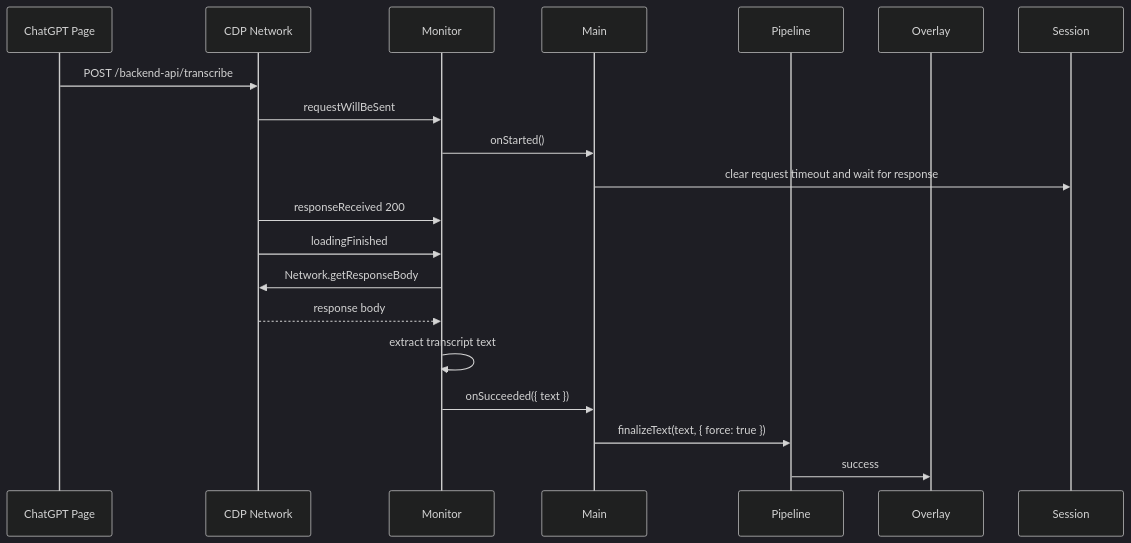
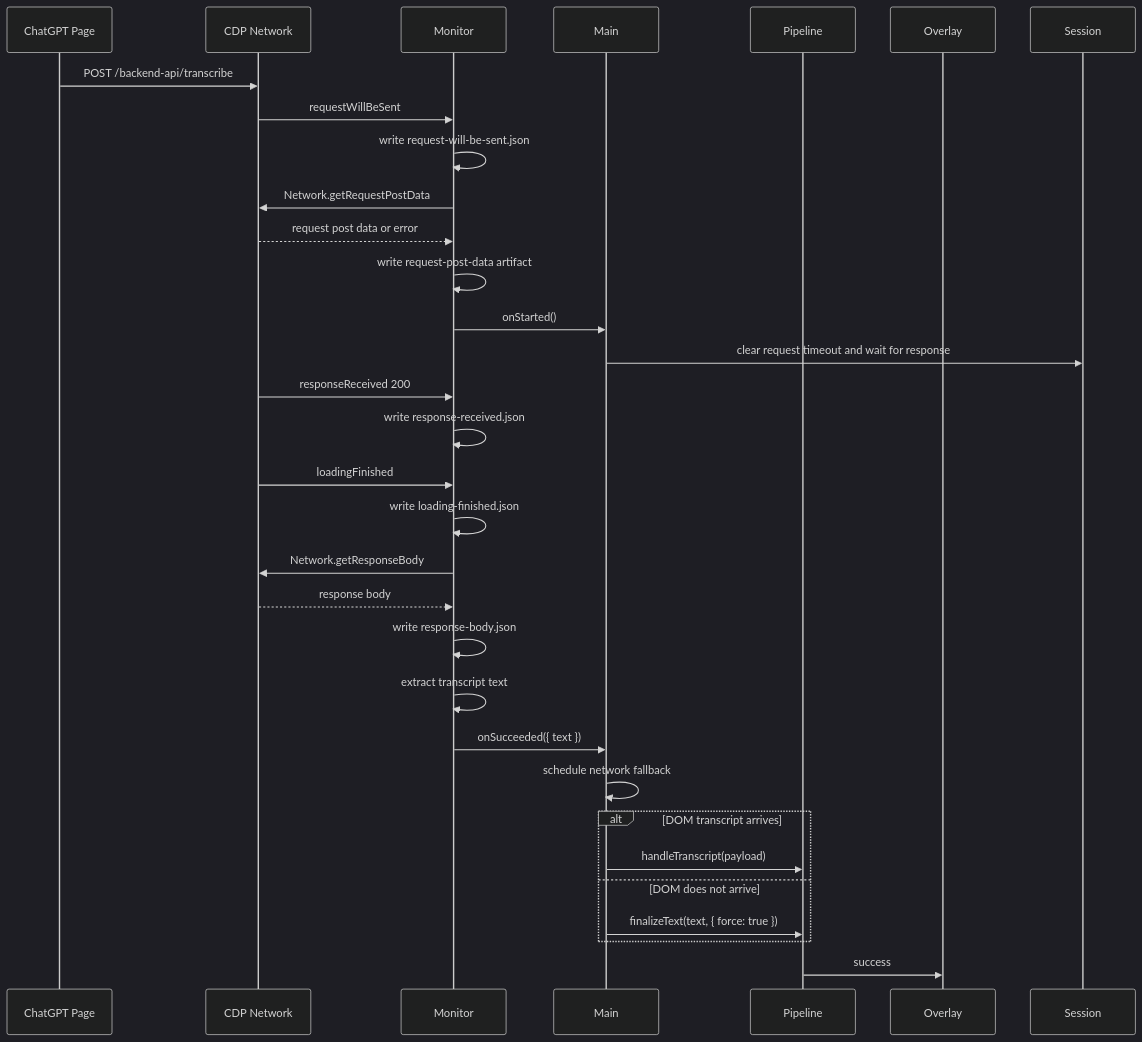
One commit to AKAazure/Dandelion changed the second of 2 diagrams in .doc/modules/chatgpt-transcribe-monitor.md. Above: the diagram before and after it, drawn with Mermaid (dark theme). The commit also changed other lines of this file and 9 other files, not shown here.

First line of the commit message:
Add remote-debug artifacts and DOM-first fallback

````diff
--- a/.doc/modules/chatgpt-transcribe-monitor.md
+++ b/.doc/modules/chatgpt-transcribe-monitor.md
@@ -74,22 +102,34 @@
 ```mermaid
 sequenceDiagram
   participant Page as ChatGPT Page
   participant CDP as CDP Network
   participant Monitor
   participant Main
   participant Pipeline
   participant Overlay
 
   Page->>CDP: POST /backend-api/transcribe
   CDP->>Monitor: requestWillBeSent
+  Monitor->>Monitor: write request-will-be-sent.json
+  Monitor->>CDP: Network.getRequestPostData
+  CDP-->>Monitor: request post data or error
+  Monitor->>Monitor: write request-post-data artifact
   Monitor->>Main: onStarted()
   Main->>Session: clear request timeout and wait for response
   CDP->>Monitor: responseReceived 200
+  Monitor->>Monitor: write response-received.json
   CDP->>Monitor: loadingFinished
+  Monitor->>Monitor: write loading-finished.json
   Monitor->>CDP: Network.getResponseBody
   CDP-->>Monitor: response body
+  Monitor->>Monitor: write response-body.json
   Monitor->>Monitor: extract transcript text
   Monitor->>Main: onSucceeded({ text })
-  Main->>Pipeline: finalizeText(text, { force: true })
+  Main->>Main: schedule network fallback
+  alt DOM transcript arrives
+    Main->>Pipeline: handleTranscript(payload)
+  else DOM does not arrive
+    Main->>Pipeline: finalizeText(text, { force: true })
+  end
   Pipeline->>Overlay: success
 ```
````
